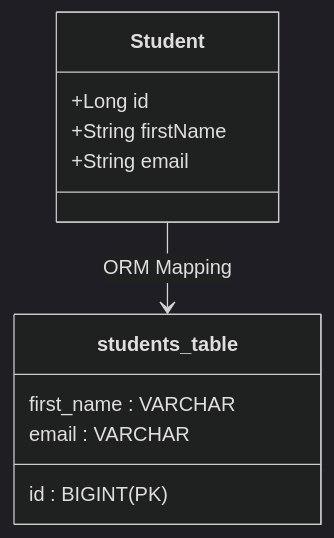
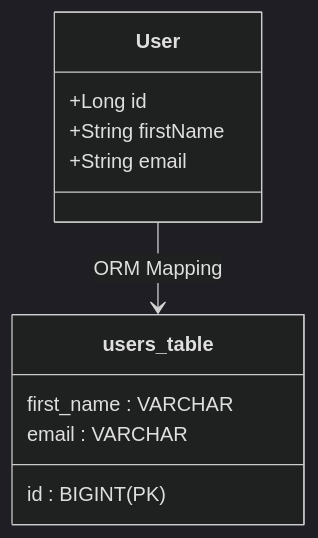
One commit to mehrdad-javan/g59-spring-boot-data-jpa changed the diagram in SpringBoot-DataJpa-Presentation.md. Above: the diagram before and after it, drawn with Mermaid (dark theme). The commit also changed other lines of this file and 3 other files, not shown here.

````diff
--- a/SpringBoot-DataJpa-Presentation.md
+++ b/SpringBoot-DataJpa-Presentation.md
@@ -254,16 +256,16 @@
 ```mermaid
 classDiagram
-  class Student {
+  class User {
     +Long id
     +String firstName
     +String email
   }
 
-  class students_table {
+  class users_table {
     id : BIGINT (PK)
     first_name : VARCHAR
     email : VARCHAR
   }
 
-  Student --> students_table : ORM Mapping
+  User --> users_table : ORM Mapping
 ```
````
